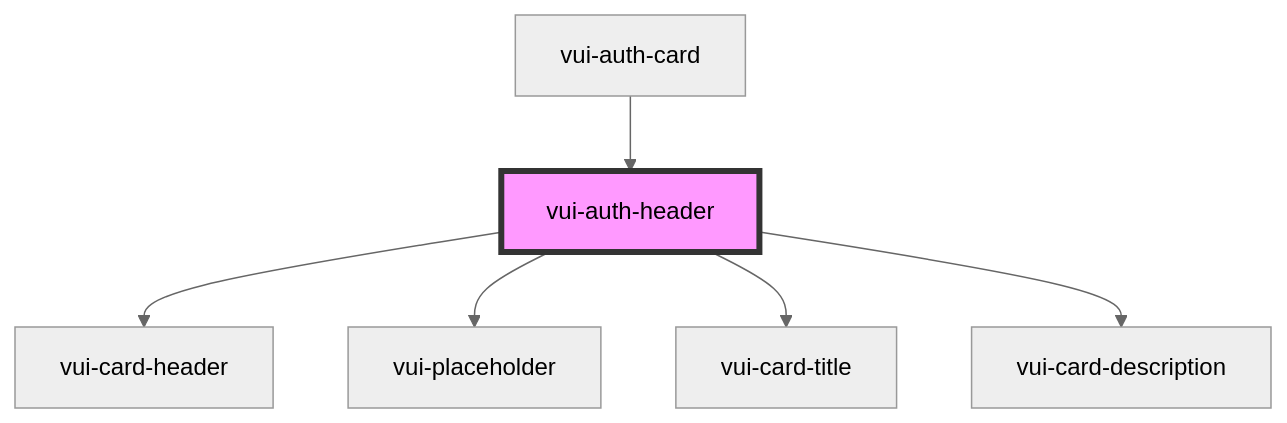
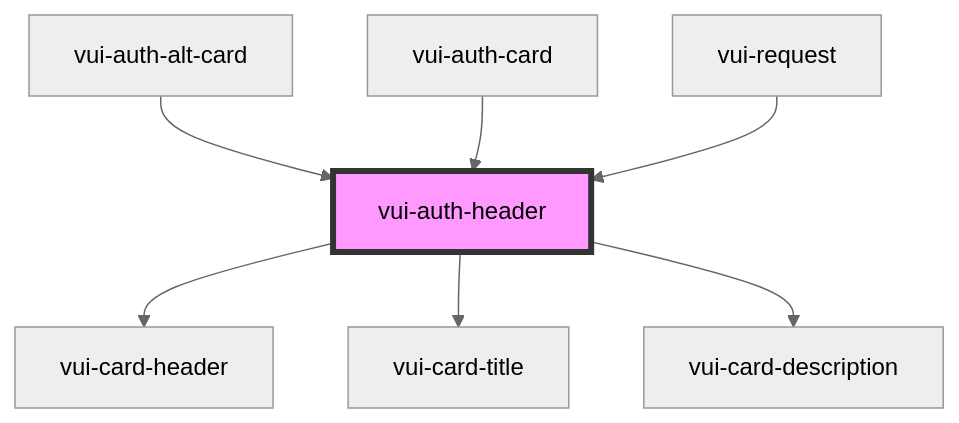
One commit to verite-team/verite-elements changed the diagram in packages/stencil-library/src/components/auth/readme.md. Above: the diagram before and after it, drawn with Mermaid (neutral theme). The commit also changed other lines of this file and 14 other files, not shown here.

````diff
--- a/packages/stencil-library/src/components/auth/readme.md
+++ b/packages/stencil-library/src/components/auth/readme.md
@@ -37,9 +40,10 @@
 ```mermaid
 graph TD;
   vui-auth-header --> vui-card-header
-  vui-auth-header --> vui-placeholder
   vui-auth-header --> vui-card-title
   vui-auth-header --> vui-card-description
+  vui-auth-alt-card --> vui-auth-header
   vui-auth-card --> vui-auth-header
+  vui-request --> vui-auth-header
   style vui-auth-header fill:#f9f,stroke:#333,stroke-width:4px
 ```
````
